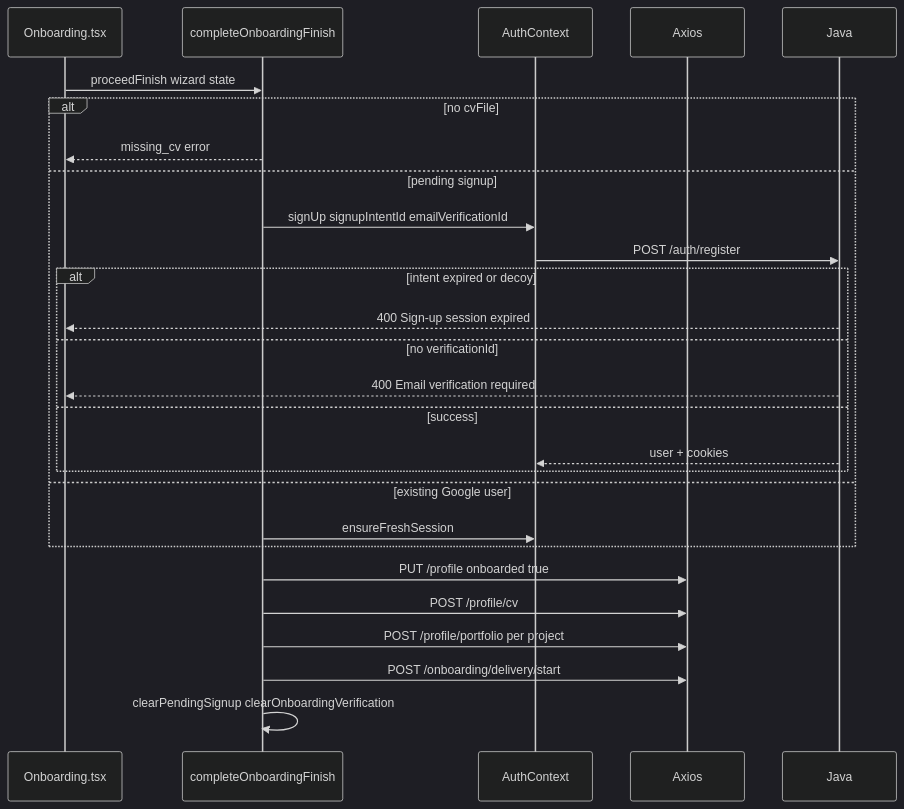
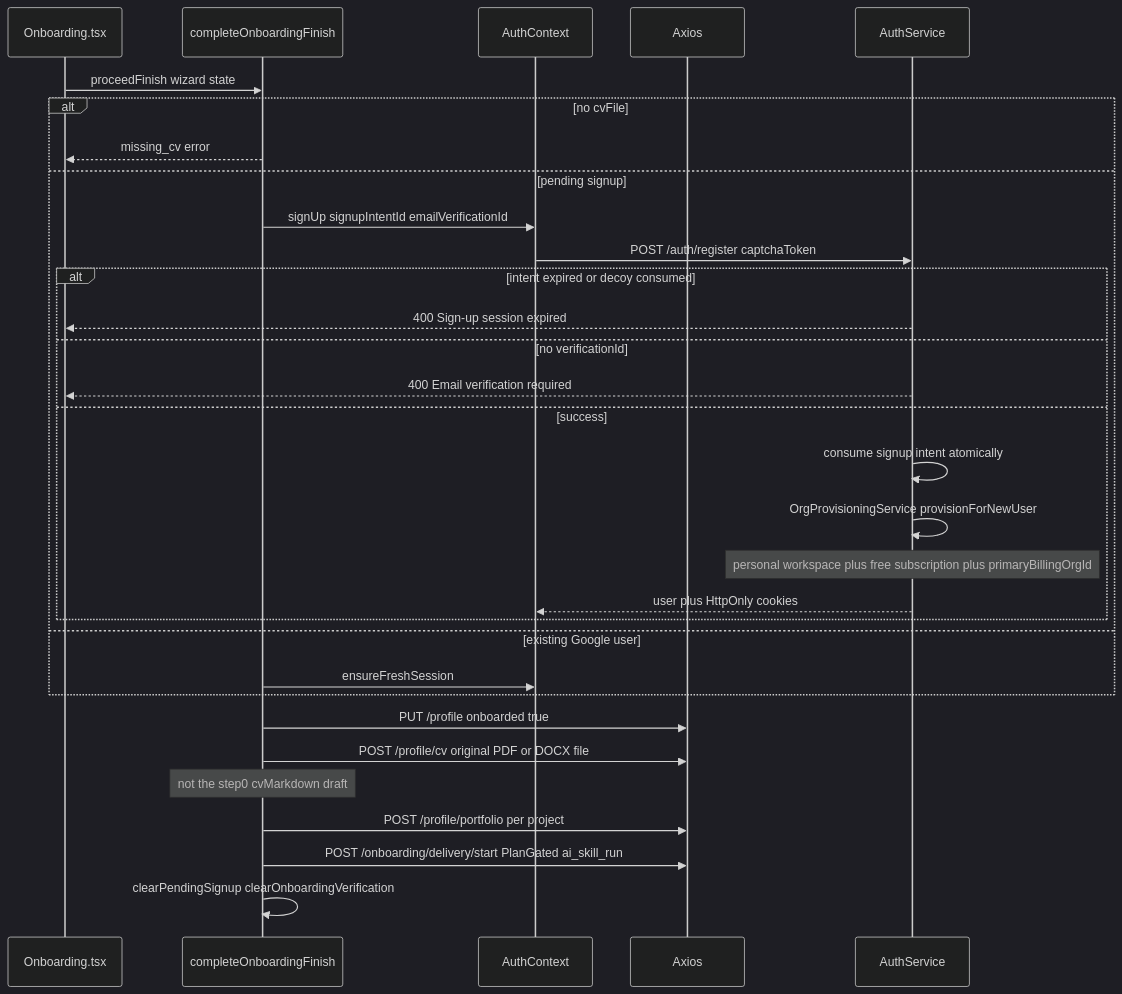
The diagram in pagesflow/signup-onboarding/diagrams/onboarding-phase5-finish.mmd (yugandharreddybana/NewCareers), drawn with Mermaid (dark theme) before and after one commit. The commit also changed 24 other files, not shown here.

First line of the commit message:
fix: onboarding CV AI parse and refresh signup pipeline docs

```diff
--- a/pagesflow/signup-onboarding/diagrams/onboarding-phase5-finish.mmd
+++ b/pagesflow/signup-onboarding/diagrams/onboarding-phase5-finish.mmd
@@ -1,28 +1,32 @@
 sequenceDiagram
     participant Onb as Onboarding.tsx
     participant Finish as completeOnboardingFinish
     participant AuthContext
     participant Axios
-    participant Java
+    participant Java as AuthService
 
     Onb->>Finish: proceedFinish wizard state
     alt no cvFile
         Finish-->>Onb: missing_cv error
     else pending signup
         Finish->>AuthContext: signUp signupIntentId emailVerificationId
-        AuthContext->>Java: POST /auth/register
-        alt intent expired or decoy
+        AuthContext->>Java: POST /auth/register captchaToken
+        alt intent expired or decoy consumed
             Java-->>Onb: 400 Sign-up session expired
         else no verificationId
             Java-->>Onb: 400 Email verification required
         else success
-            Java-->>AuthContext: user + cookies
+            Java->>Java: consume signup intent atomically
+            Java->>Java: OrgProvisioningService provisionForNewUser
+            Note over Java: personal workspace plus free subscription plus primaryBillingOrgId
+            Java-->>AuthContext: user plus HttpOnly cookies
         end
     else existing Google user
         Finish->>AuthContext: ensureFreshSession
     end
     Finish->>Axios: PUT /profile onboarded true
-    Finish->>Axios: POST /profile/cv
+    Finish->>Axios: POST /profile/cv original PDF or DOCX file
+    Note over Finish: not the step0 cvMarkdown draft
     Finish->>Axios: POST /profile/portfolio per project
-    Finish->>Axios: POST /onboarding/delivery/start
+    Finish->>Axios: POST /onboarding/delivery/start PlanGated ai_skill_run
     Finish->>Finish: clearPendingSignup clearOnboardingVerification
```
